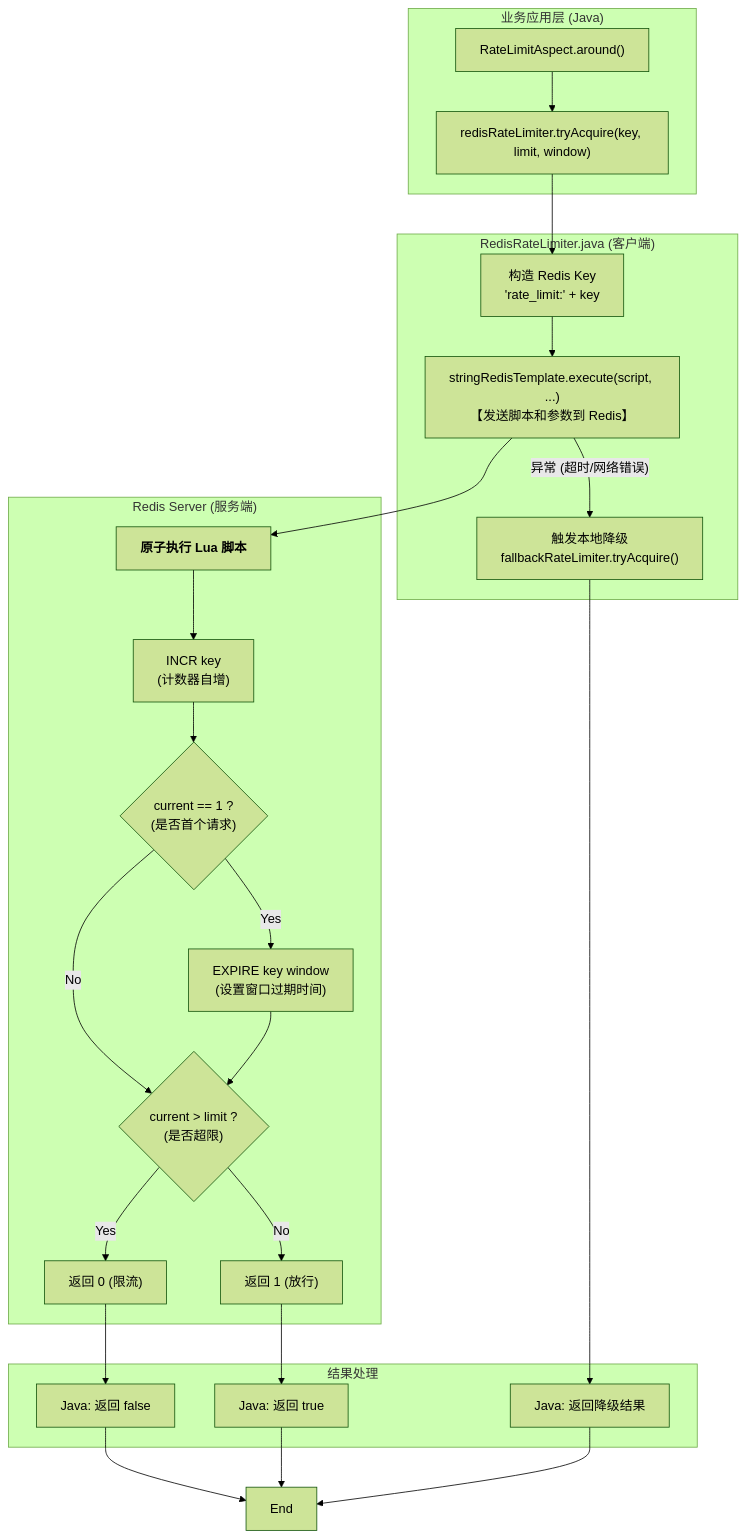
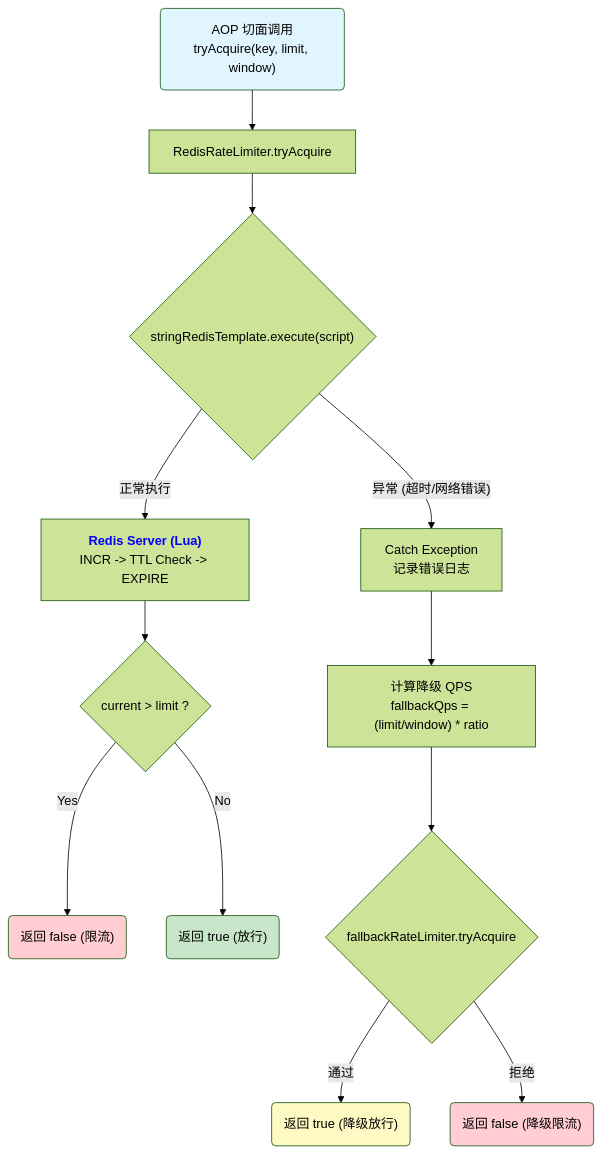
The diagram in src/main/java/com/hao/redis/common/util/RedisRateLimiterNotes.md (lihao-ops/Redis-Study), drawn with Mermaid (forest theme) before and after one commit. The commit also changed other lines of this file and 3 other files, not shown here.

````diff
--- a/src/main/java/com/hao/redis/common/util/RedisRateLimiterNotes.md
+++ b/src/main/java/com/hao/redis/common/util/RedisRateLimiterNotes.md
@@ -66,35 +69,28 @@
 ```mermaid
 graph TD
-    subgraph "业务应用层 (Java)"
-        A["RateLimitAspect.around()"] --> B["redisRateLimiter.tryAcquire(key, limit, window)"]
-    end
+    Start("AOP 切面调用<br/>tryAcquire(key, limit, window)") --> RedisCall["RedisRateLimiter.tryAcquire"]
 
-    subgraph "RedisRateLimiter.java (客户端)"
-        B --> C["构造 Redis Key<br/>'rate_limit:' + key"]
-        C --> D["stringRedisTemplate.execute(script, ...)<br/>【发送脚本和参数到 Redis】"]
-        
-        D -- "异常 (超时/网络错误)" --> E["触发本地降级<br/>fallbackRateLimiter.tryAcquire()"]
-    end
+    %% 1. Redis 调用
+    RedisCall --> Execute{"stringRedisTemplate.execute(script)"}
+    
+    Execute -- "正常执行" --> LuaScript["<b><font color=blue>Redis Server (Lua)</font></b><br/>INCR -> TTL Check -> EXPIRE"]
+    
+    LuaScript --> CheckLimit{"current > limit ?"}
+    CheckLimit -- "Yes" --> Reject("返回 false (限流)")
+    CheckLimit -- "No" --> Pass("返回 true (放行)")
 
-    subgraph "Redis Server (服务端)"
-        D --> F["<b>原子执行 Lua 脚本</b>"]
-        F --> G["INCR key<br/>(计数器自增)"]
-        G --> H{"current == 1 ?<br/>(是否首个请求)"}
-        H -- "Yes" --> I["EXPIRE key window<br/>(设置窗口过期时间)"]
-        H -- "No" --> J
-        I --> J{"current > limit ?<br/>(是否超限)"}
-        
-        J -- "Yes" --> K["返回 0 (限流)"]
-        J -- "No" --> L["返回 1 (放行)"]
-    end
+    %% 2. 异常降级
+    Execute -- "异常 (超时/网络错误)" --> Catch["Catch Exception<br/>记录错误日志"]
+    Catch --> FallbackCalc["计算降级 QPS<br/>fallbackQps = (limit/window) * ratio"]
+    FallbackCalc --> LocalLimit{"fallbackRateLimiter.tryAcquire"}
+    
+    LocalLimit -- "通过" --> PassFallback("返回 true (降级放行)")
+    LocalLimit -- "拒绝" --> RejectFallback("返回 false (降级限流)")
 
-    subgraph "结果处理"
-        K --> M["Java: 返回 false"]
-        L --> N["Java: 返回 true"]
-        E --> O["Java: 返回降级结果"]
-    end
-
-    M --> End["End"]
-    N --> End
-    O --> End
+    %% 样式
+    style Start fill:#e1f5fe
+    style Pass fill:#c8e6c9
+    style PassFallback fill:#fff9c4
+    style Reject fill:#ffcdd2
+    style RejectFallback fill:#ffcdd2
 ```
````
